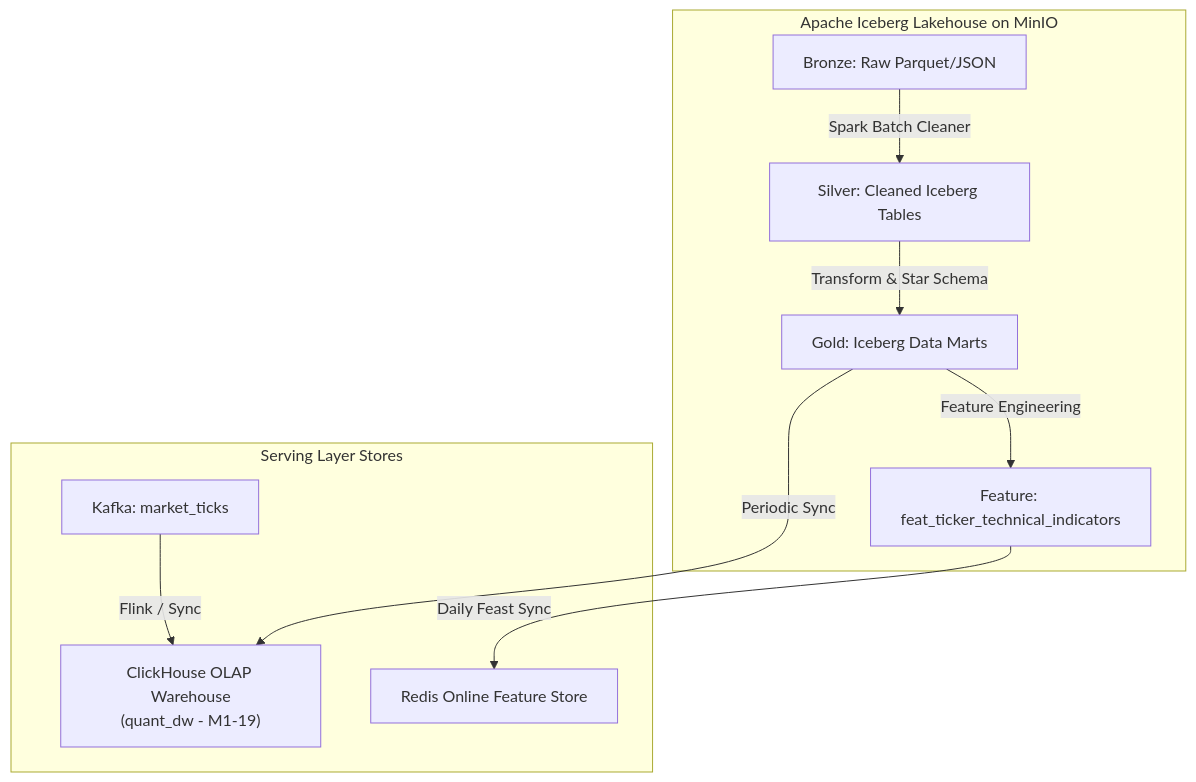
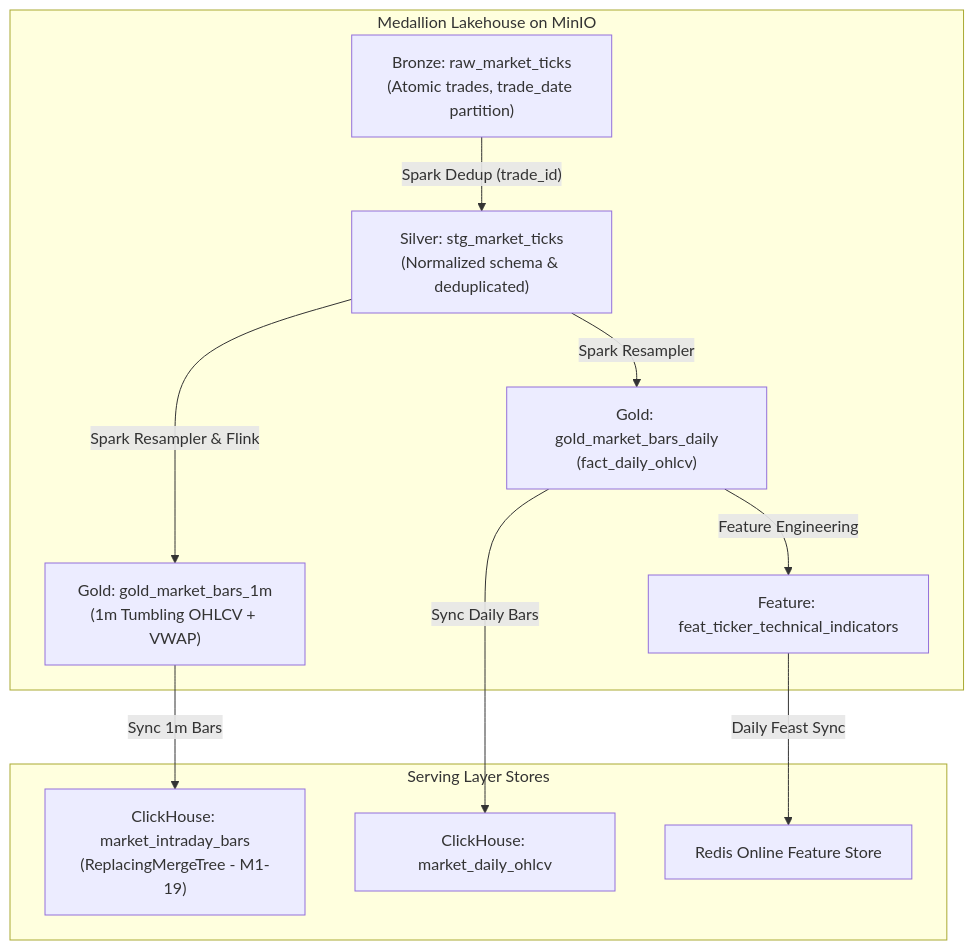
Before and after one commit to LongDeutsch/edai_quant_k11: the first of 2 diagrams in docs/STORAGE_AND_LAKEHOUSE.md, drawn with Mermaid. The commit also changed 872 other files, not shown here.

Commit message:
full flow integrate and ui dashboard update

````diff
--- a/docs/STORAGE_AND_LAKEHOUSE.md
+++ b/docs/STORAGE_AND_LAKEHOUSE.md
@@ -10,14 +10,15 @@
 ```mermaid
 flowchart TD
-    subgraph Lakehouse["Apache Iceberg Lakehouse on MinIO"]
-        BronzeFiles["Bronze: Raw Parquet/JSON"] -->|"Spark Batch Cleaner"| SilverIceberg["Silver: Cleaned Iceberg Tables"]
-        SilverIceberg -->|"Transform & Star Schema"| GoldIceberg["Gold: Iceberg Data Marts"]
-        GoldIceberg -->|"Feature Engineering"| FeatIceberg["Feature: feat_ticker_technical_indicators"]
+    subgraph Lakehouse["Medallion Lakehouse on MinIO"]
+        BronzeTicks["Bronze: raw_market_ticks<br>(Atomic trades, trade_date partition)"] -->|"Spark Dedup (trade_id)"| SilverTicks["Silver: stg_market_ticks<br>(Normalized schema & deduplicated)"]
+        SilverTicks -->|"Spark Resampler & Flink"| Gold1m["Gold: gold_market_bars_1m<br>(1m Tumbling OHLCV + VWAP)"]
+        SilverTicks -->|"Spark Resampler"| GoldDaily["Gold: gold_market_bars_daily<br>(fact_daily_ohlcv)"]
+        GoldDaily -->|"Feature Engineering"| FeatIceberg["Feature: feat_ticker_technical_indicators"]
     end
 
     subgraph AnalyticalStores["Serving Layer Stores"]
-        GoldIceberg -->|"Periodic Sync"| ClickHouse["ClickHouse OLAP Warehouse<br>(quant_dw - M1-19)"]
-        KafkaTicks["Kafka: market_ticks"] -->|"Flink / Sync"| ClickHouse
+        Gold1m -->|"Sync 1m Bars"| ClickHouseIntra["ClickHouse: market_intraday_bars<br>(ReplacingMergeTree - M1-19)"]
+        GoldDaily -->|"Sync Daily Bars"| ClickHouseDaily["ClickHouse: market_daily_ohlcv"]
         FeatIceberg -->|"Daily Feast Sync"| Redis["Redis Online Feature Store"]
     end
 ```
````
